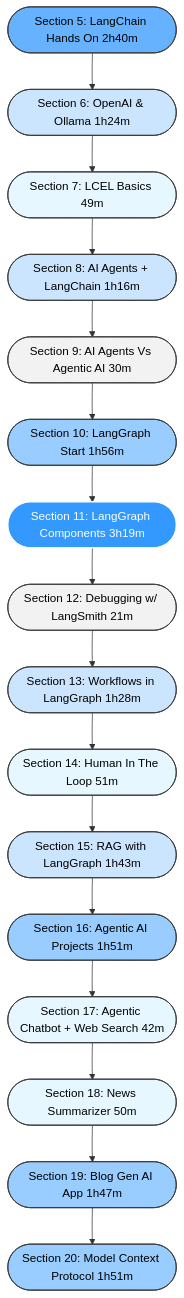
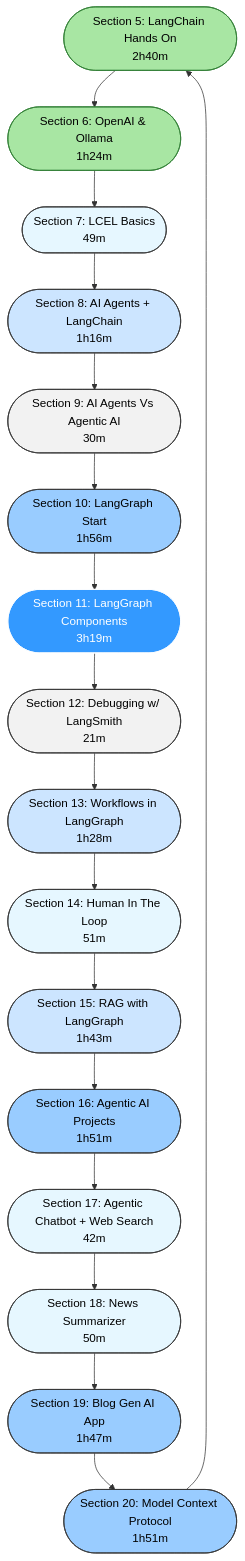
Before and after one commit to AryamannTomar/AgenticAI-LangChain-LangGraph: the diagram in syllabus.md, drawn with Mermaid. The commit also changed 3 other files, not shown here.

````diff
--- a/syllabus.md
+++ b/syllabus.md
@@ -1,31 +1,36 @@
 ```mermaid
 graph TD
-    S5([Section 5: LangChain Hands On 2h40m]):::big
-    S6([Section 6: OpenAI & Ollama 1h24m]):::medium
-    S7([Section 7: LCEL Basics 49m]):::small
-    S8([Section 8: AI Agents + LangChain 1h16m]):::medium
-    S9([Section 9: AI Agents Vs Agentic AI 30m]):::tiny
-    S10([Section 10: LangGraph Start 1h56m]):::large
-    S11([Section 11: LangGraph Components 3h19m]):::xlarge
-    S12([Section 12: Debugging w/ LangSmith 21m]):::tiny
-    S13([Section 13: Workflows in LangGraph 1h28m]):::medium
-    S14([Section 14: Human In The Loop 51m]):::small
-    S15([Section 15: RAG with LangGraph 1h43m]):::medium
-    S16([Section 16: Agentic AI Projects 1h51m]):::large
-    S17([Section 17: Agentic Chatbot + Web Search 42m]):::small
-    S18([Section 18: News Summarizer 50m]):::small
-    S19([Section 19: Blog Gen AI App 1h47m]):::large
-    S20([Section 20: Model Context Protocol 1h51m]):::large
+    S5([Section 5: LangChain Hands On<br/>2h40m]):::done
+    S6([Section 6: OpenAI & Ollama<br/>1h24m]):::done
+    S7([Section 7: LCEL Basics<br/>49m]):::small
+    S8([Section 8: AI Agents + LangChain<br/>1h16m]):::medium
+    S9([Section 9: AI Agents Vs Agentic AI<br/>30m]):::tiny
+    S10([Section 10: LangGraph Start<br/>1h56m]):::large
+    S11([Section 11: LangGraph Components<br/>3h19m]):::xlarge
+    S12([Section 12: Debugging w/ LangSmith<br/>21m]):::tiny
+    S13([Section 13: Workflows in LangGraph<br/>1h28m]):::medium
+    S14([Section 14: Human In The Loop<br/>51m]):::small
+    S15([Section 15: RAG with LangGraph<br/>1h43m]):::medium
+    S16([Section 16: Agentic AI Projects<br/>1h51m]):::large
+    S17([Section 17: Agentic Chatbot + Web Search<br/>42m]):::small
+    S18([Section 18: News Summarizer<br/>50m]):::small
+    S19([Section 19: Blog Gen AI App<br/>1h47m]):::large
+    S20([Section 20: Model Context Protocol<br/>1h51m]):::large -->
+    S5 --> S6 --> S7 --> S8
+    S9 --> S10 --> S11 --> S12
+    S13 --> S14 --> S15 --> S16
+    S17 --> S18 --> S19 --> S20
+    S8 --> S9
+    S12 --> S13
+    S16 --> S17
 
-    S5 --> S6 --> S7 --> S8 --> S9 --> S10 --> S11 --> S12 --> S13 --> S14 --> S15 --> S16 --> S17 --> S18 --> S19 --> S20
-
-classDef tiny fill:#f2f2f2,stroke:#333,color:#000,rx:50,ry:50;
-classDef small fill:#e6f7ff,stroke:#333,color:#000,rx:50,ry:50;
-classDef medium fill:#cce5ff,stroke:#333,color:#000,rx:50,ry:50;
-classDef large fill:#99ccff,stroke:#333,color:#000,rx:50,ry:50;
-classDef big fill:#66b2ff,stroke:#333,color:#000,rx:50,ry:50;
-classDef xlarge fill:#3399ff,stroke:#fff,color:#fff,rx:50,ry:50;
+classDef tiny fill:#f2f2f2,stroke:#333,color:#000,rx:8,ry:8;
+classDef small fill:#e6f7ff,stroke:#333,color:#000,rx:8,ry:8;
+classDef medium fill:#cce5ff,stroke:#333,color:#000,rx:8,ry:8;
+classDef large fill:#99ccff,stroke:#333,color:#000,rx:8,ry:8;
+classDef big fill:#66b2ff,stroke:#333,color:#000,rx:8,ry:8;
+classDef xlarge fill:#3399ff,stroke:#fff,color:#fff,rx:8,ry:8;
 
 %% ✅ Completed chapters
-classDef done fill:#a8e6a3,stroke:#2e7d32,color:#000,rx:50,ry:50;
+classDef done fill:#a8e6a3,stroke:#2e7d32,color:#000,rx:8,ry:8;
 ```
````
